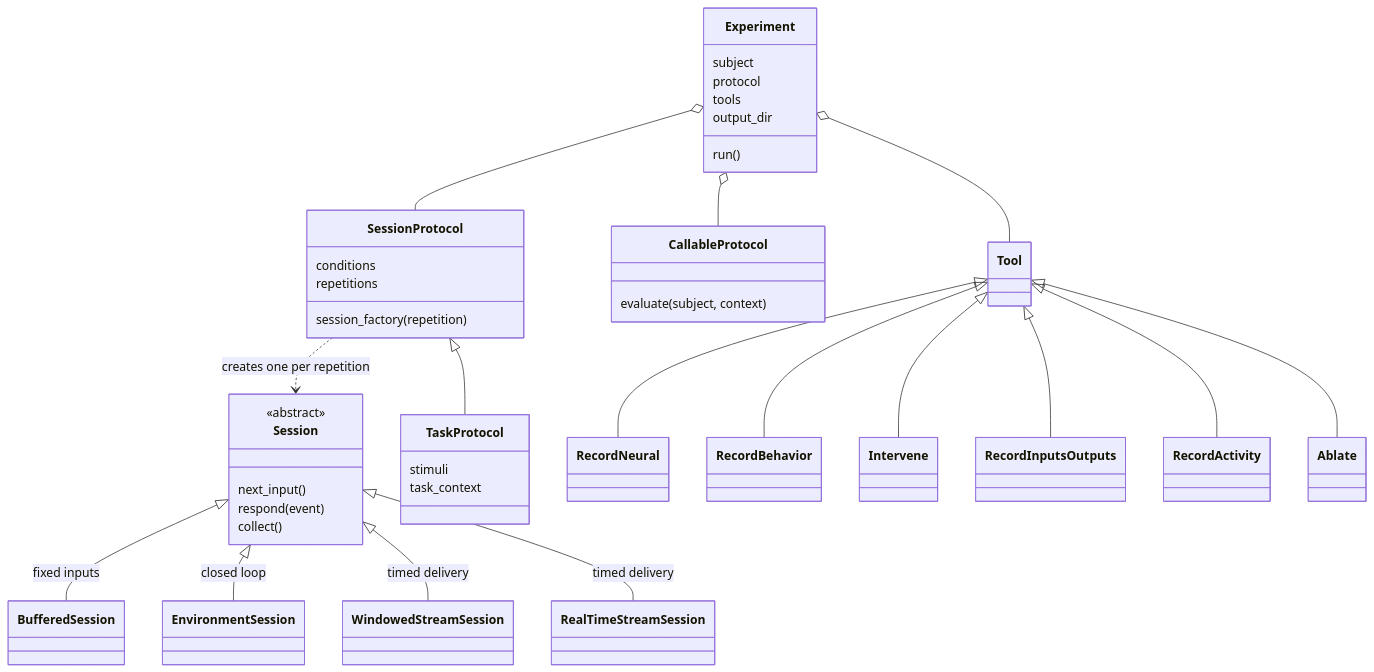
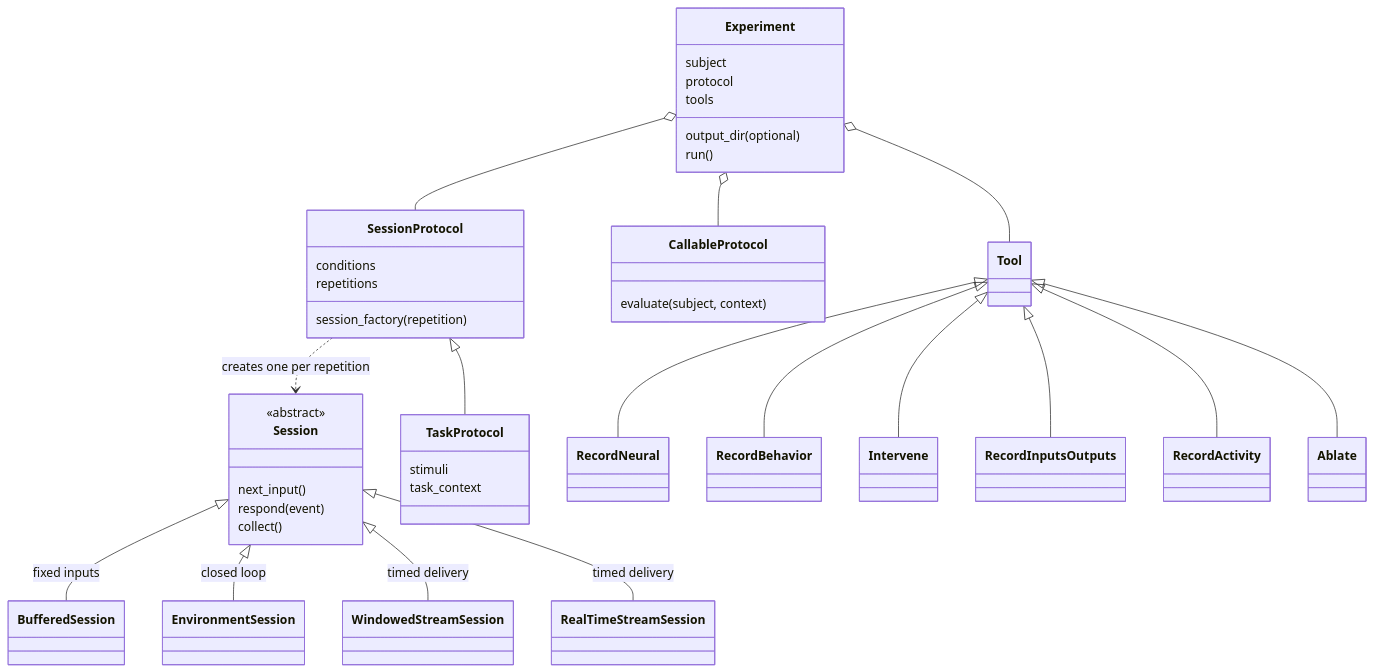
One commit to KartikP/brainscore-unified changed the third of 3 diagrams in docs/03_class_map.md. Above: the diagram before and after it, drawn with Mermaid. The commit also changed 5 other files, not shown here.

````diff
--- a/docs/03_class_map.md
+++ b/docs/03_class_map.md
@@ -124,43 +124,43 @@
 ```mermaid
 classDiagram
     class Session {
         <<abstract>>
         next_input()
         respond(event)
         collect()
     }
     Session <|-- BufferedSession : fixed inputs
     Session <|-- EnvironmentSession : closed loop
     Session <|-- WindowedStreamSession : timed delivery
     Session <|-- RealTimeStreamSession : timed delivery
     class SessionProtocol {
         session_factory(repetition)
         conditions
         repetitions
     }
     class CallableProtocol {
         evaluate(subject, context)
     }
     class Experiment {
         subject
         protocol
         tools
-        output_dir
+        output_dir (optional)
         run()
     }
     class TaskProtocol {
         stimuli
         task_context
     }
     Experiment o-- SessionProtocol
     Experiment o-- CallableProtocol
     SessionProtocol <|-- TaskProtocol
     SessionProtocol ..> Session : creates one per repetition
     Experiment o-- Tool
     Tool <|-- RecordNeural
     Tool <|-- RecordBehavior
     Tool <|-- Intervene
     Tool <|-- RecordInputsOutputs
     Tool <|-- RecordActivity
     Tool <|-- Ablate
 ```
````
